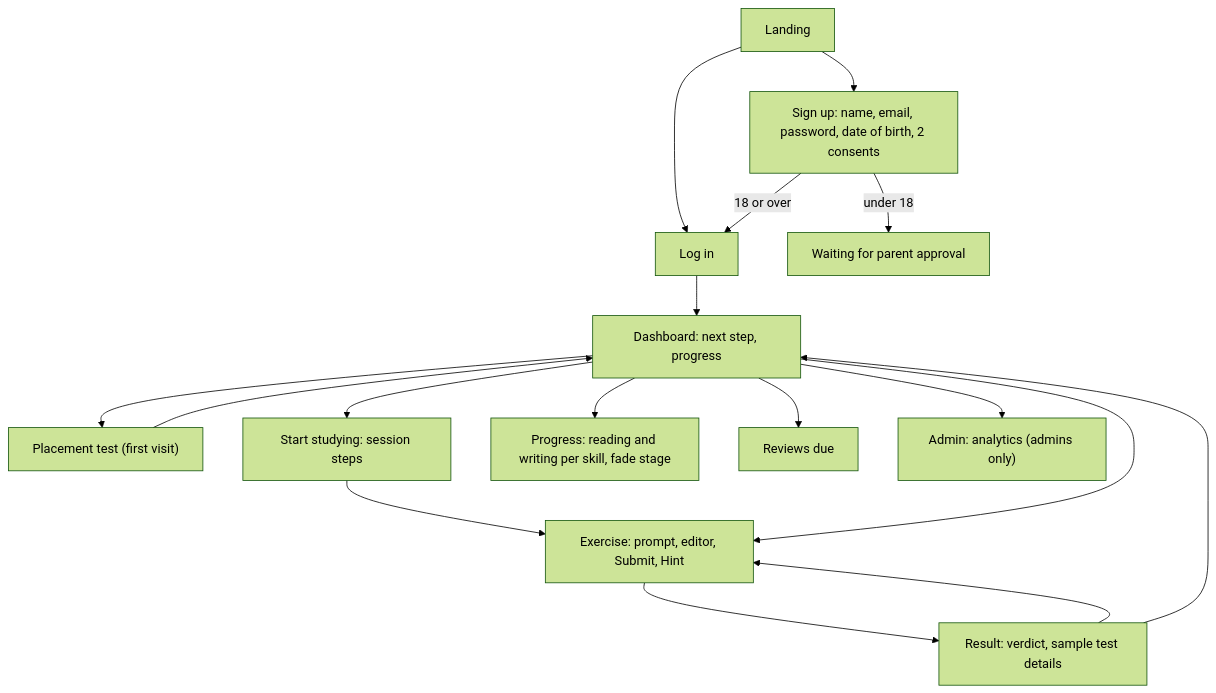
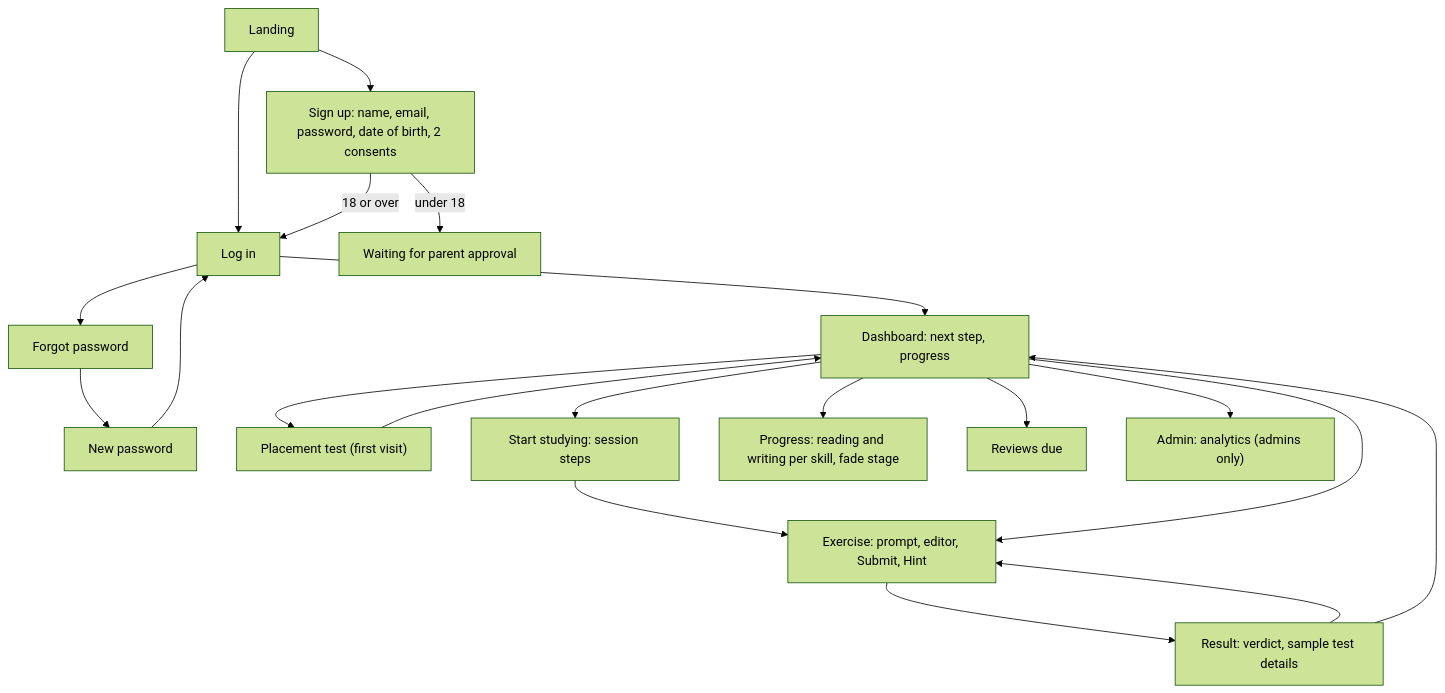
Diagram 19 of 20 in DOCS/phase-3/MP3-Draft-Report.md (Nidanos/ai-tutor-platform), drawn with Mermaid (forest theme) before and after one commit. The commit also changed other lines of this file and 1 other file, not shown here.

Commit message:
docs: update Phase 3 report for password reset (25/25 endpoints, 180 tests)

````diff
--- a/DOCS/phase-3/MP3-Draft-Report.md
+++ b/DOCS/phase-3/MP3-Draft-Report.md
@@ -1497,19 +1567,22 @@
 ```mermaid
 flowchart TD
   L["Landing"] --> R["Sign up: name, email, password, date of birth, 2 consents"]
   L --> LI["Log in"]
+  LI --> FP["Forgot password"]
+  FP --> RP["New password"]
+  RP --> LI
   R -->|18 or over| LI
   R -->|under 18| P["Waiting for parent approval"]
   LI --> D["Dashboard: next step, progress"]
   D --> DG["Placement test (first visit)"]
   DG --> D
   D --> SS["Start studying: session steps"]
   SS --> EX
   D --> EX["Exercise: prompt, editor, Submit, Hint"]
   EX --> RS["Result: verdict, sample test details"]
   RS --> EX
   RS --> D
   D --> PR["Progress: reading and writing per skill, fade stage"]
   D --> RV["Reviews due"]
   D --> AD["Admin: analytics (admins only)"]
 ```
````
